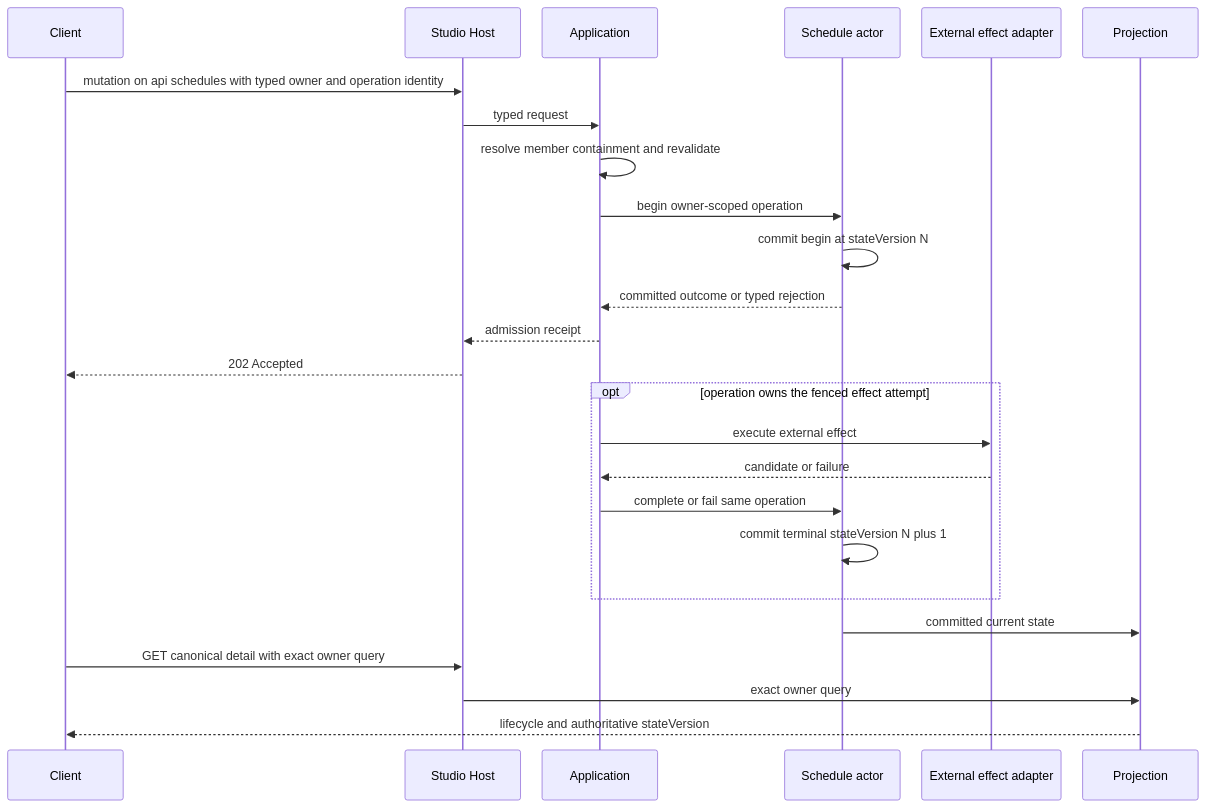
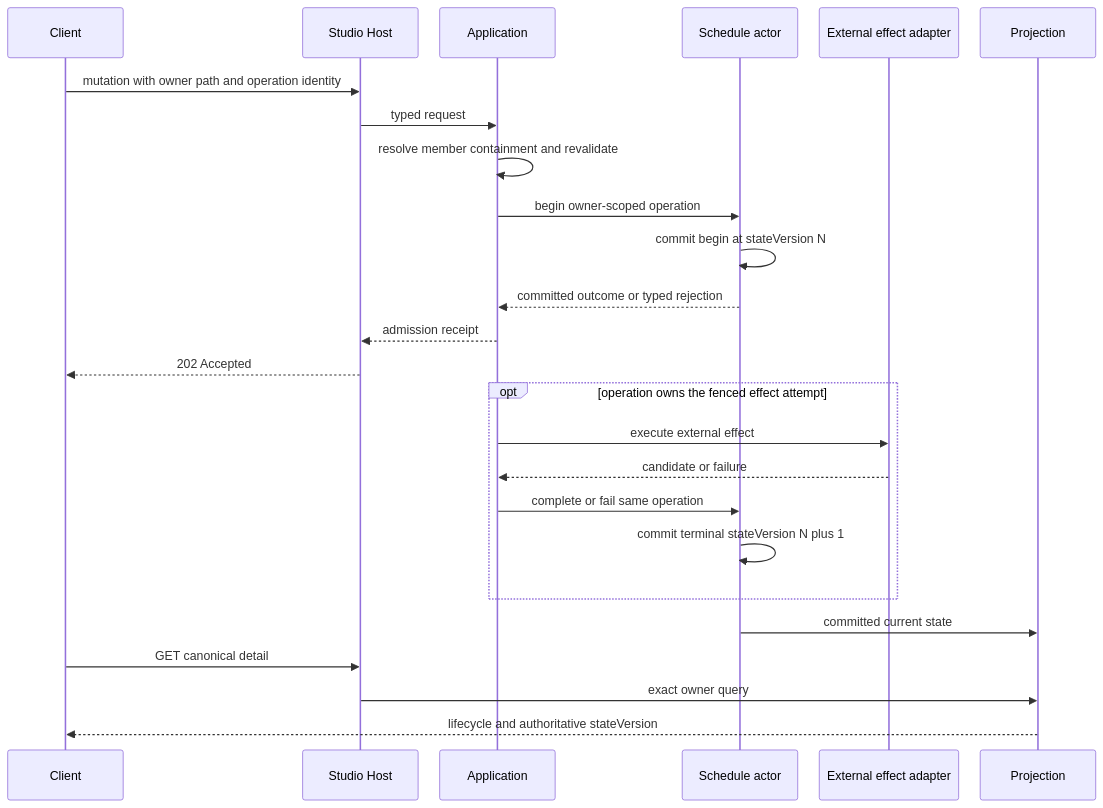
Before and after one commit to eanzhao-os/aevatar-review: the second of 2 diagrams in 09/01-automation-resource-api-and-readmodels.md, drawn with Mermaid. The commit also changed other lines of this file and 6 other files, not shown here.

````diff
--- a/09/01-automation-resource-api-and-readmodels.md
+++ b/09/01-automation-resource-api-and-readmodels.md
@@ -123,28 +86,28 @@
 ```mermaid
 %%{init: {"maxTextSize": 100000, "sequence": {"actorMargin": 28, "messageMargin": 18, "diagramMarginX": 10, "diagramMarginY": 10}, "themeVariables": {"fontSize": "10px"}}}%%
 sequenceDiagram
     participant C as Client
     participant H as Studio Host
     participant A as Application
     participant S as Schedule actor
     participant E as External effect adapter
     participant P as Projection
-    C->>H: mutation on api schedules with typed owner and operation identity
+    C->>H: mutation with owner path and operation identity
     H->>A: typed request
     A->>A: resolve member containment and revalidate
     A->>S: begin owner-scoped operation
     S->>S: commit begin at stateVersion N
     S-->>A: committed outcome or typed rejection
     A-->>H: admission receipt
     H-->>C: 202 Accepted
     opt operation owns the fenced effect attempt
         A->>E: execute external effect
         E-->>A: candidate or failure
         A->>S: complete or fail same operation
         S->>S: commit terminal stateVersion N plus 1
     end
     S->>P: committed current state
-    C->>H: GET canonical detail with exact owner query
+    C->>H: GET canonical detail
     H->>P: exact owner query
     P-->>C: lifecycle and authoritative stateVersion
 ```
````
